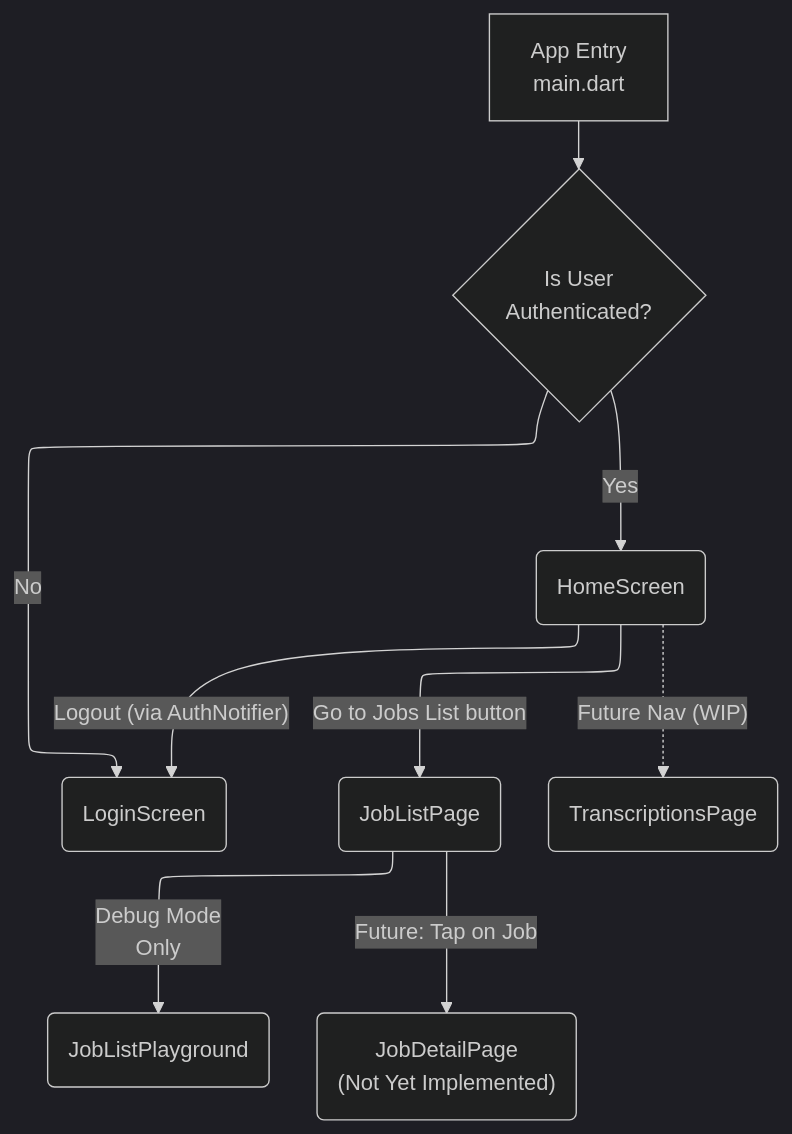
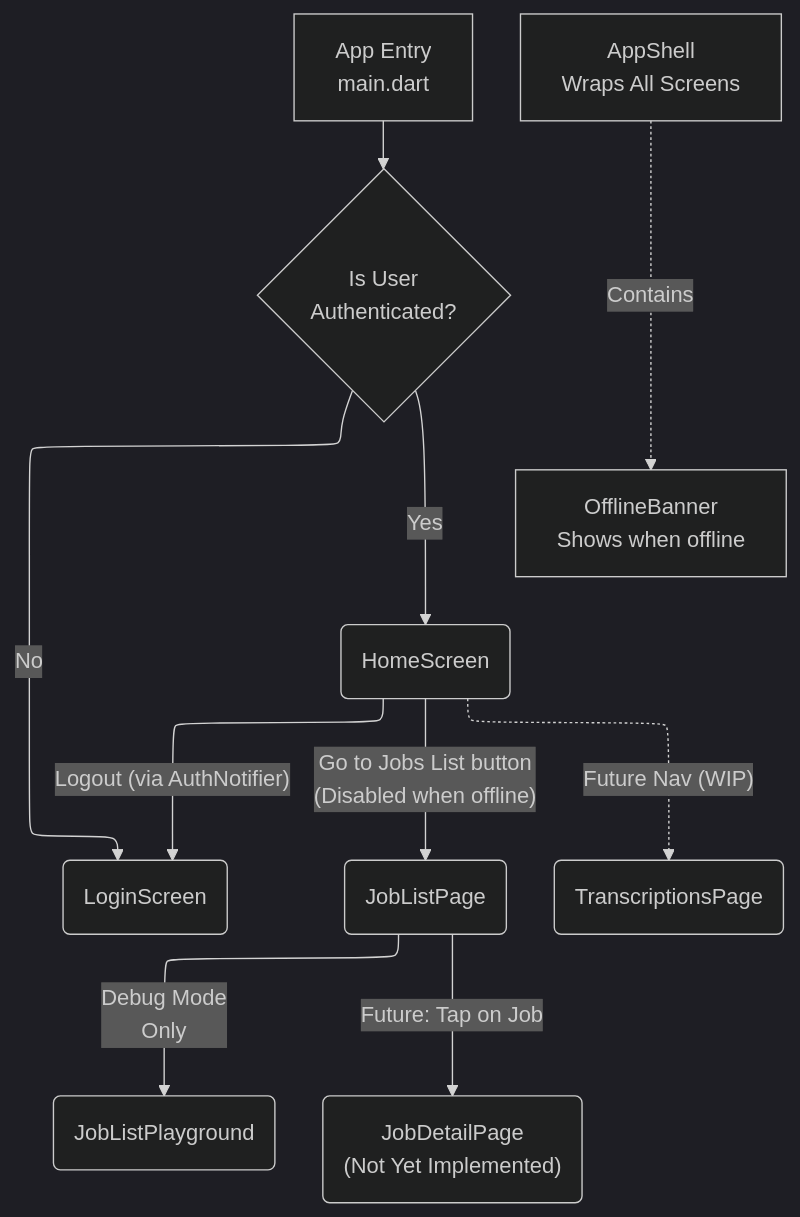
One commit to MediScribe/docjet-mobile changed the first of 2 diagrams in docs/current/ui-screens-overview.md. Above: the diagram before and after it, drawn with Mermaid (dark theme). The commit also changed other lines of this file and 6 other files, not shown here.

````diff
--- a/docs/current/ui-screens-overview.md
+++ b/docs/current/ui-screens-overview.md
@@ -7,21 +7,24 @@
 ```mermaid
 %%{init: {'flowchart': {'defaultRenderer': 'elk'}}}%%
 graph TD
     %% Main App Entry Point
     MainApp[App Entry<br>main.dart] --> AuthCheck{Is User<br>Authenticated?}
     
     %% Authentication Flow
     AuthCheck -->|No| LoginScreen(LoginScreen)
     AuthCheck -->|Yes| HomeScreen(HomeScreen)
     
     %% Normal Navigation Paths
     HomeScreen -->|"Logout (via AuthNotifier)"| LoginScreen
-    HomeScreen -->|"Go to Jobs List button"| JobListPage(JobListPage)
+    HomeScreen -->|"Go to Jobs List button<br>(Disabled when offline)"| JobListPage(JobListPage)
     
     %% Jobs Feature Navigation
     JobListPage -->|"Debug Mode<br>Only"| JobListPlayground(JobListPlayground)
     JobListPage -->|"Future: Tap on Job"| JobDetailPage("JobDetailPage<br>(Not Yet Implemented)")
     
     %% Planned Future Navigation (WIP)
     HomeScreen -.->|"Future Nav (WIP)"| TranscriptionsPage(TranscriptionsPage)
+    
+    %% Global UI Components
+    AppShell[AppShell<br>Wraps All Screens] -.->|"Contains"| OfflineBanner[OfflineBanner<br>Shows when offline]
 ```
````
